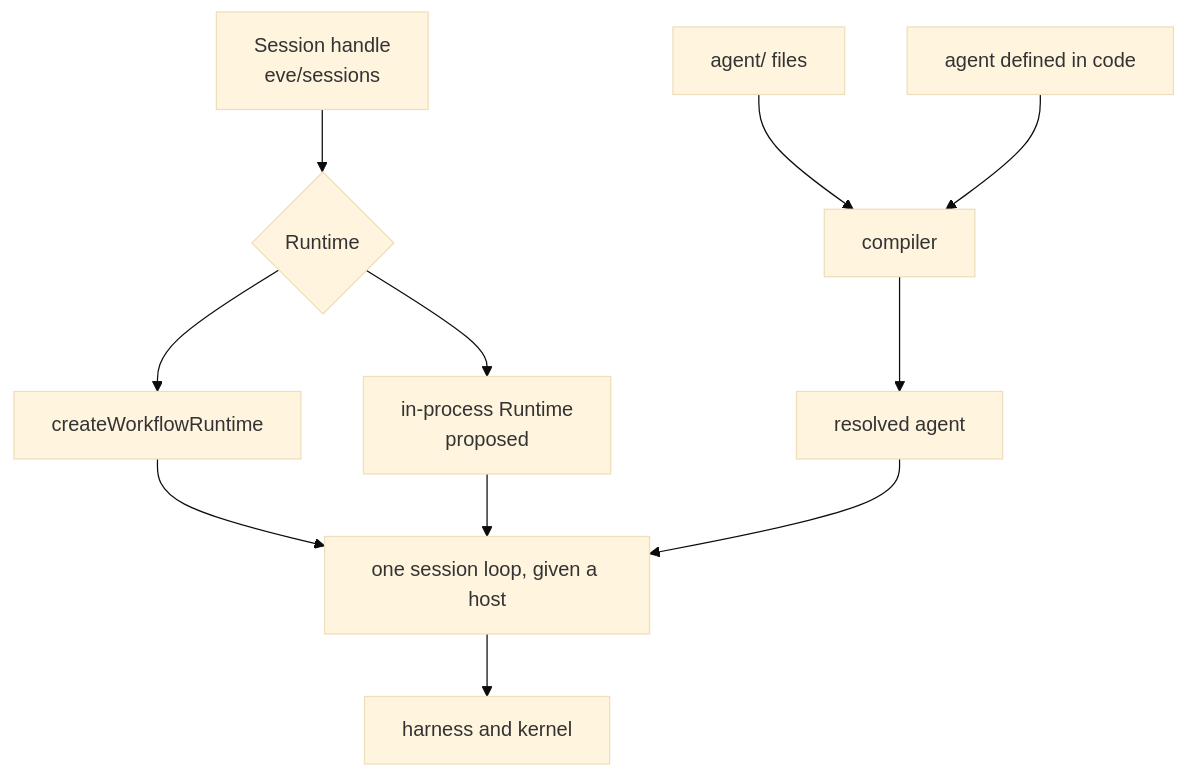
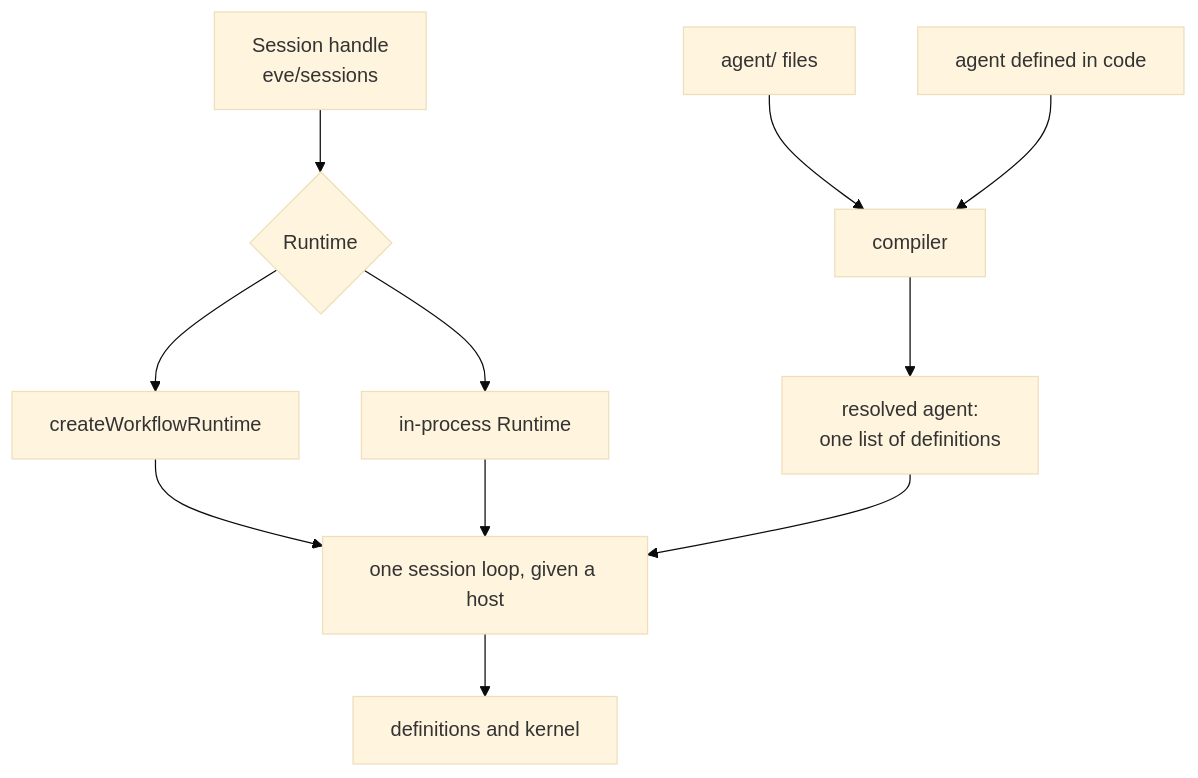
One commit to vercel/eve changed the sixth of 6 diagrams in research/session-kernel.md. Above: the diagram before and after it, drawn with Mermaid (base theme). The commit also changed other lines of this file, not shown here.

Commit message:
docs(research): describe eve as a kernel, definitions, and hosts

````diff
--- a/research/session-kernel.md
+++ b/research/session-kernel.md
@@ -475,13 +578,13 @@
 ```mermaid
 flowchart TD
   Files["agent/ files"] --> Compiler["compiler"]
   Code["agent defined in code"] --> Compiler
-  Compiler --> Agent["resolved agent"]
+  Compiler --> Agent["resolved agent:<br/>one list of definitions"]
   Handle["Session handle<br/>eve/sessions"] --> Runtime{"Runtime"}
   Runtime --> Workflow["createWorkflowRuntime"]
-  Runtime --> Process["in-process Runtime<br/>proposed"]
+  Runtime --> Process["in-process Runtime"]
   Workflow --> Loop["one session loop, given a host"]
   Process --> Loop
   Agent --> Loop
-  Loop --> Kernel["harness and kernel"]
+  Loop --> Kernel["definitions and kernel"]
 ```
````
